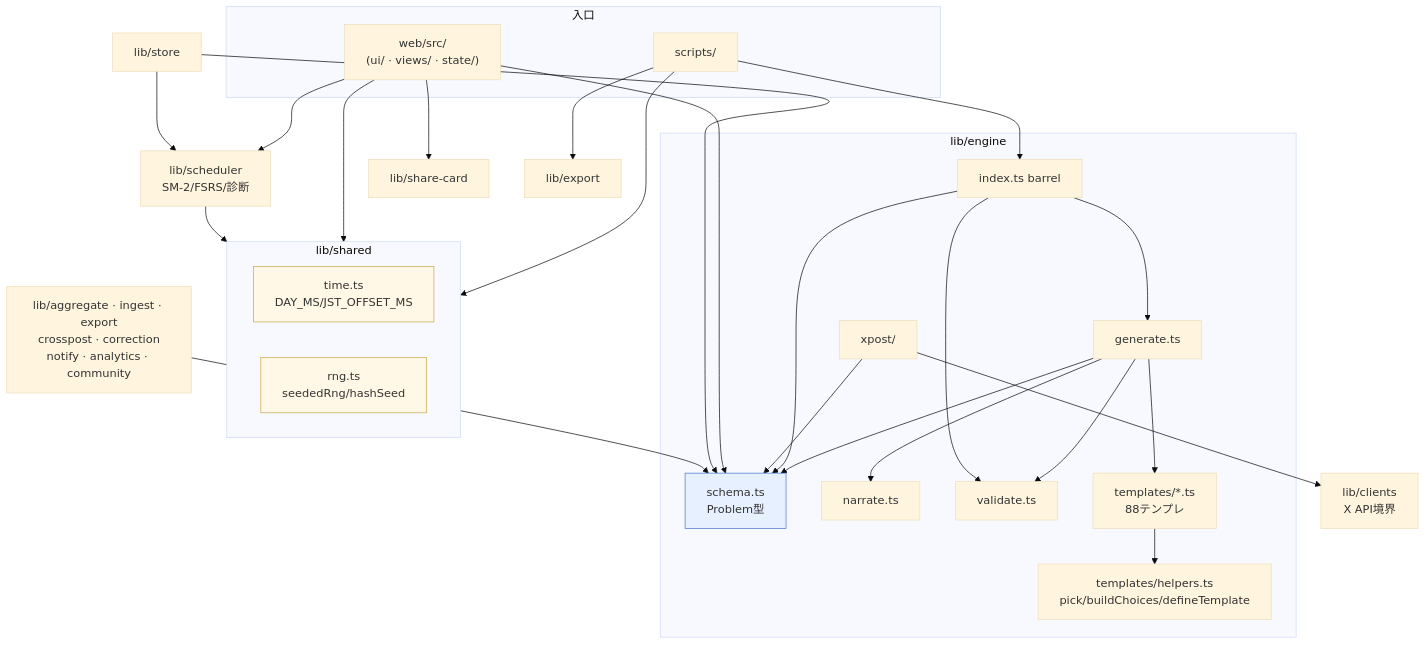
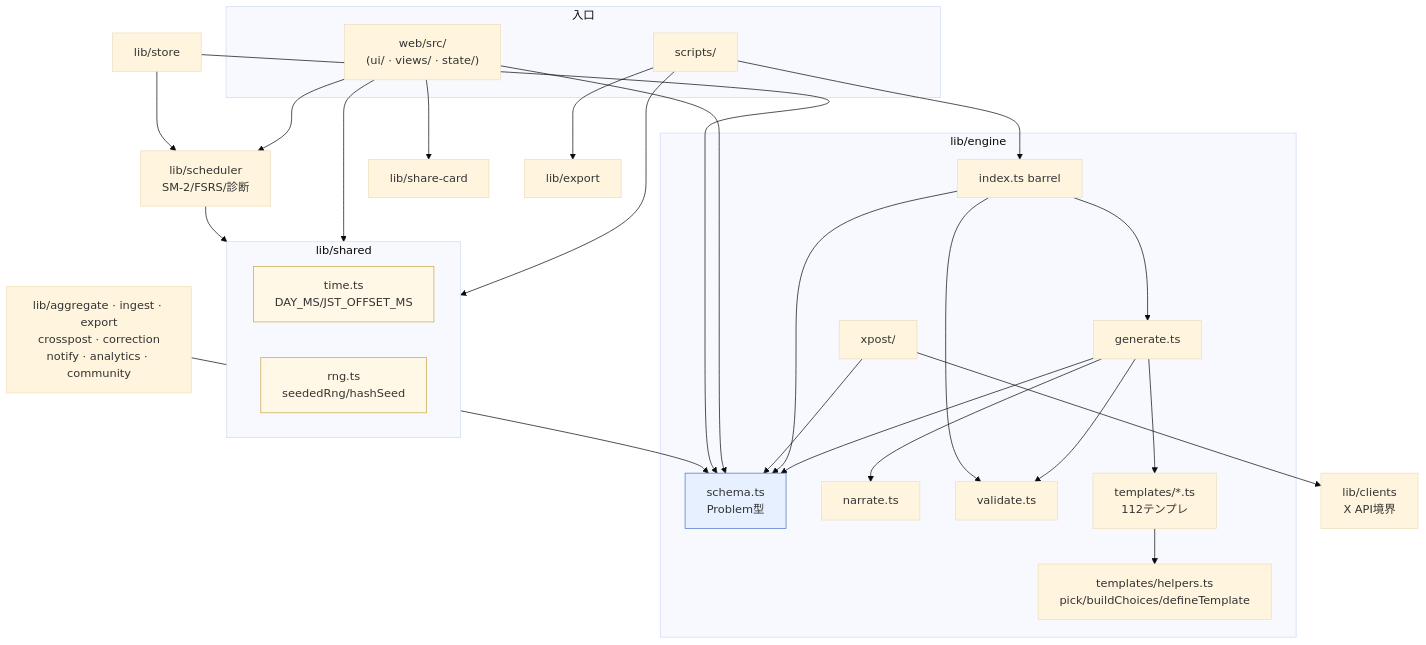
The first of 2 diagrams in docs/architecture.md (thinkyou0714/denken-os), drawn with Mermaid (base theme) before and after one commit. The commit also changed other lines of this file and 51 other files, not shown here.

````diff
--- a/docs/architecture.md
+++ b/docs/architecture.md
@@ -64,59 +64,59 @@
 ```mermaid
 graph TD
     subgraph entry["入口"]
         scripts[scripts/]
         web["web/src/<br/>(ui/ · views/ · state/)"]
     end
 
     subgraph shared["lib/shared"]
         time[time.ts<br/>DAY_MS/JST_OFFSET_MS]
         rng[rng.ts<br/>seededRng/hashSeed]
     end
 
     subgraph engine["lib/engine"]
         schema[schema.ts<br/>Problem型]
         generate[generate.ts]
         narrate[narrate.ts]
         validate[validate.ts]
         helpers["templates/helpers.ts<br/>pick/buildChoices/defineTemplate"]
-        templates[templates/*.ts<br/>88テンプレ]
+        templates[templates/*.ts<br/>112テンプレ]
         xpost[xpost/]
         barrel[index.ts barrel]
     end
 
     clients[lib/clients<br/>X API境界]
     scheduler[lib/scheduler<br/>SM-2/FSRS/診断]
     store[lib/store]
     sharecard[lib/share-card]
     others[lib/aggregate · ingest · export<br/>crosspost · correction<br/>notify · analytics · community]
 
     generate --> narrate
     generate --> validate
     generate --> templates
     generate --> schema
     templates --> helpers
     barrel --> generate
     barrel --> validate
     barrel --> schema
     xpost --> schema
     xpost --> clients
 
     scripts --> barrel
     scripts --> shared
     scripts --> export2[lib/export]
 
     web --> schema
     web --> scheduler
     web --> sharecard
     web --> shared
 
     store --> schema
     store --> scheduler
     others --> schema
     scheduler --> shared
 
     classDef core fill:#e6f0ff,stroke:#4a78c8;
     classDef sharedStyle fill:#fff8e6,stroke:#c8a84a;
     class schema core;
     class time,rng sharedStyle;
 ```
````
